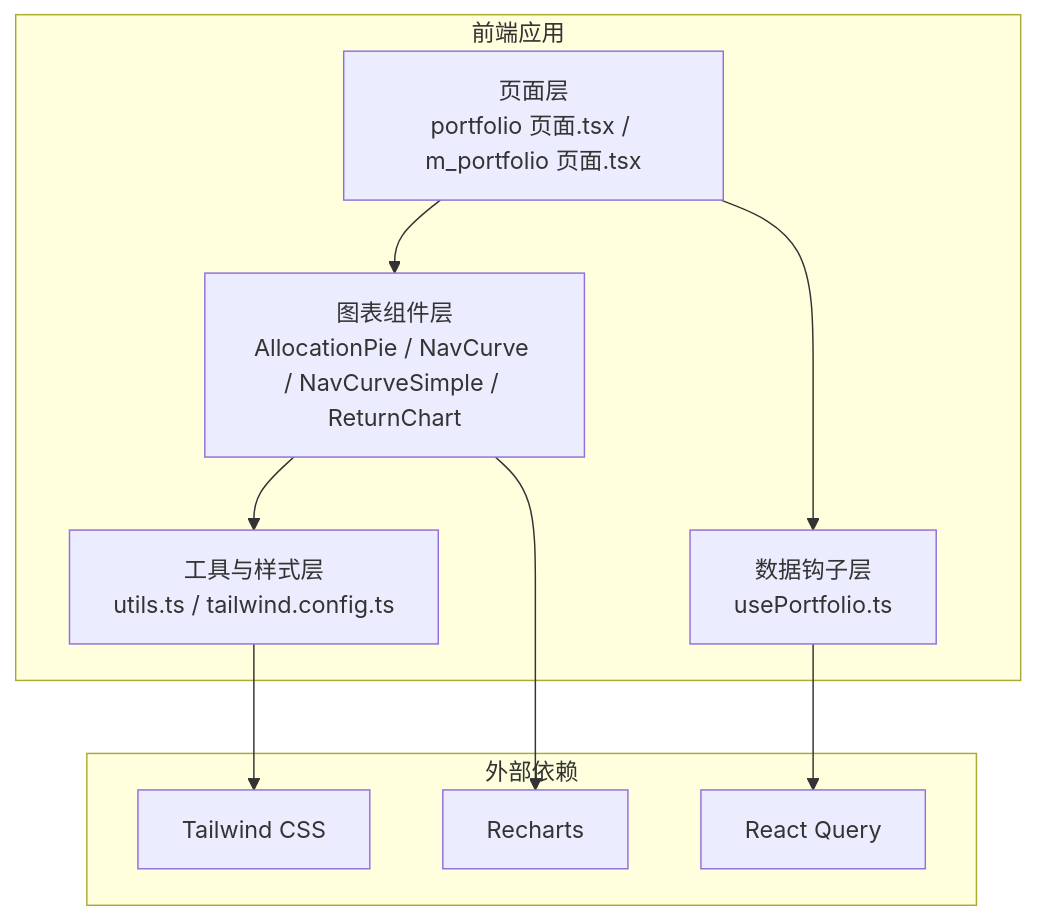
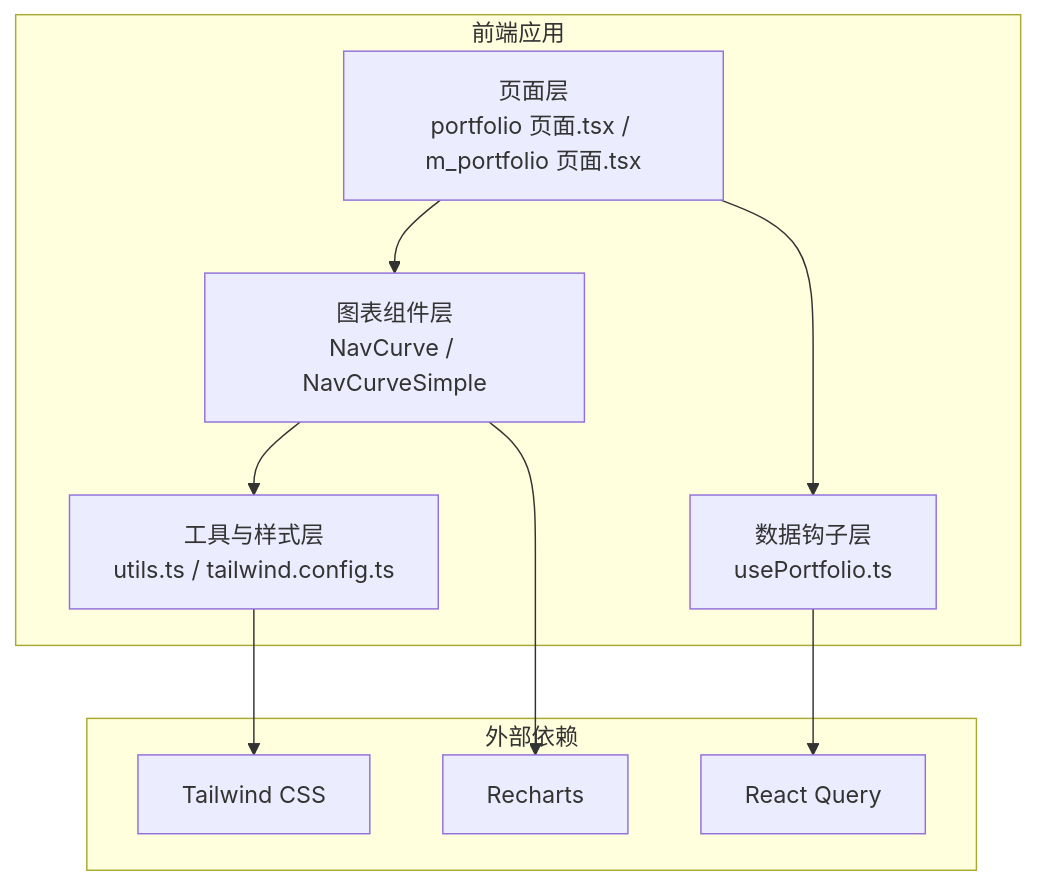
Before and after one commit to gujialind/InvestRing: the first of 6 diagrams in .qoder/repowiki/zh/content/前端应用架构/组件系统架构/图表组件.md, drawn with Mermaid. The commit also changed other lines of this file and 32 other files, not shown here.

````diff
--- a/.qoder/repowiki/zh/content/前端应用架构/组件系统架构/图表组件.md
+++ b/.qoder/repowiki/zh/content/前端应用架构/组件系统架构/图表组件.md
@@ -41,20 +47,20 @@
 ```mermaid
 graph TB
 subgraph "前端应用"
 A["页面层<br/>portfolio 页面.tsx / m_portfolio 页面.tsx"]
-B["图表组件层<br/>AllocationPie / NavCurve / NavCurveSimple / ReturnChart"]
+B["图表组件层<br/>NavCurve / NavCurveSimple"]
 C["工具与样式层<br/>utils.ts / tailwind.config.ts"]
 D["数据钩子层<br/>usePortfolio.ts"]
 end
 subgraph "外部依赖"
 E["Recharts"]
 F["React Query"]
 G["Tailwind CSS"]
 end
 A --> B
 A --> D
 B --> C
 B --> E
 D --> F
 C --> G
 ```
````
